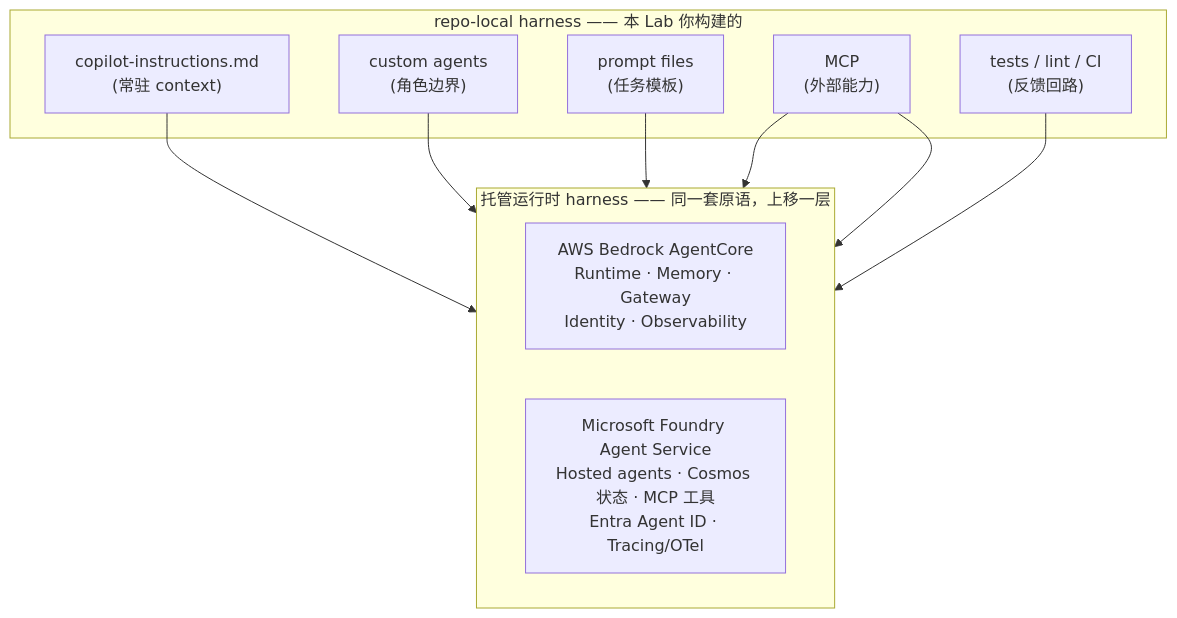
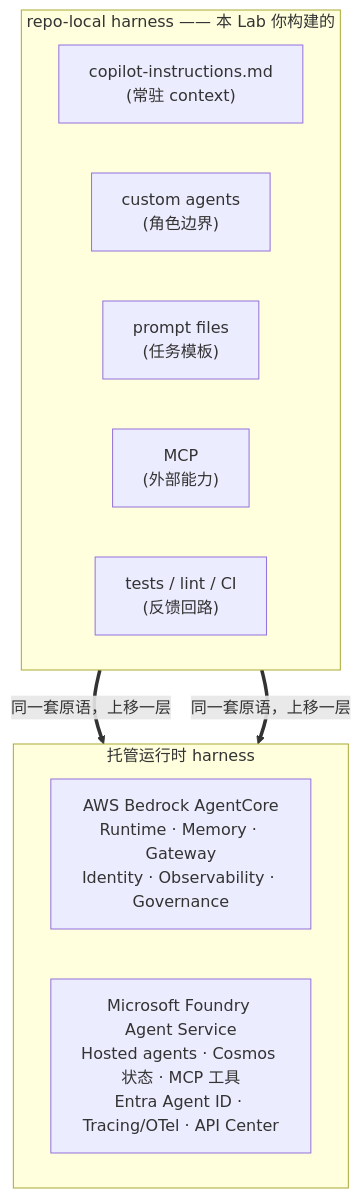
The diagram in zh/labs/lab2-harness-engineering.md (turbo998/Agent-Harness-Engineering-on-Azure-and-GitHub-Copilot), drawn with Mermaid before and after one commit. The commit also changed other lines of this file and 1 other file, not shown here.

Commit message:
fix(lab2): address review — preview tags, diagram & warning consistency
Independent review of 57f3add found issues; fixed in EN + zh/:
- Tag Entra Agent ID and Entra Agent Registry as (preview) — could not
  confirm GA on learn.microsoft.com; aligns table with the doc's own
  China-region warning (no preview-as-GA contradiction)
- Remove phantom "web search" from the China-gate warning (not in tools table)
- Redesign Mermaid: AWS node lists all 6 layers (Governance added), AZ node
  adds API Center; replace per-node edges with two subgraph-level edges

````diff
--- a/zh/labs/lab2-harness-engineering.md
+++ b/zh/labs/lab2-harness-engineering.md
@@ -120,21 +120,18 @@
 ```mermaid
 graph TB
     subgraph Repo["repo-local harness —— 本 Lab 你构建的"]
+        direction LR
         I["copilot-instructions.md<br/>(常驻 context)"]
         A["custom agents<br/>(角色边界)"]
         P["prompt files<br/>(任务模板)"]
         M1["MCP<br/>(外部能力)"]
         C["tests / lint / CI<br/>(反馈回路)"]
     end
-    subgraph Managed["托管运行时 harness —— 同一套原语，上移一层"]
+    Repo ==>|同一套原语，上移一层| AWS
+    Repo ==>|同一套原语，上移一层| AZ
+    subgraph Managed["托管运行时 harness"]
         direction LR
-        AWS["AWS Bedrock AgentCore<br/>Runtime · Memory · Gateway<br/>Identity · Observability"]
-        AZ["Microsoft Foundry Agent Service<br/>Hosted agents · Cosmos 状态 · MCP 工具<br/>Entra Agent ID · Tracing/OTel"]
+        AWS["AWS Bedrock AgentCore<br/>Runtime · Memory · Gateway<br/>Identity · Observability · Governance"]
+        AZ["Microsoft Foundry Agent Service<br/>Hosted agents · Cosmos 状态 · MCP 工具<br/>Entra Agent ID · Tracing/OTel · API Center"]
     end
-    I --> AZ
-    A --> AZ
-    P --> AZ
-    M1 --> AWS
-    C --> AWS
-    M1 --> AZ
 ```
````
